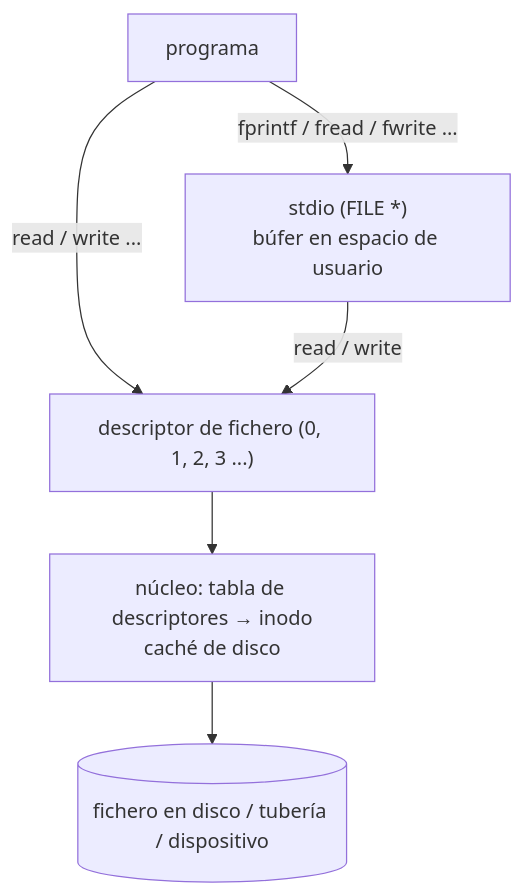
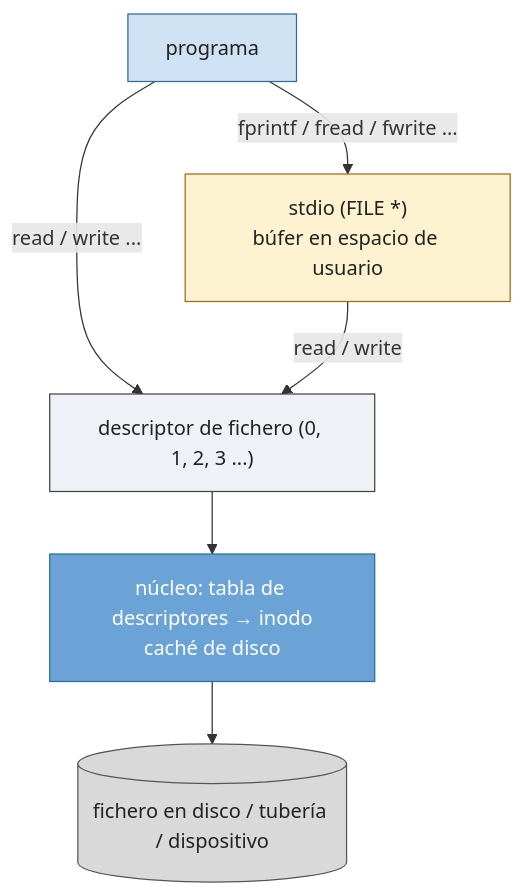
One commit to asiermarzo/ssoo changed the diagram in PRACTICA/01-entrada-salida-y-ficheros/README.md. Above: the diagram before and after it, drawn with Mermaid. The commit also changed 25 other files, not shown here.

Commit message:
refinado de diagramas mermaid y svg

````diff
--- a/PRACTICA/01-entrada-salida-y-ficheros/README.md
+++ b/PRACTICA/01-entrada-salida-y-ficheros/README.md
@@ -12,8 +12,20 @@
 ```mermaid
 flowchart TD
     APP["programa"] -->|"fprintf / fread / fwrite ..."| STDIO["stdio (FILE *)<br/>búfer en espacio de usuario"]
     APP -->|"read / write ..."| FD
     STDIO -->|"read / write"| FD["descriptor de fichero (0, 1, 2, 3 ...)"]
     FD --> K["núcleo: tabla de descriptores → inodo<br/>caché de disco"]
     K --> DISK[("fichero en disco / tubería / dispositivo")]
+
+    classDef proceso fill:#cfe2f3,stroke:#2b6f99,color:#222;
+    classDef userspace fill:#fdf3d0,stroke:#a06a1a,color:#222;
+    classDef descriptor fill:#eef2f7,stroke:#444,color:#222;
+    classDef nucleo fill:#6ba3d6,stroke:#2b6f99,color:#ffffff;
+    classDef almacen fill:#d9d9d9,stroke:#555,color:#222;
+
+    class APP proceso;
+    class STDIO userspace;
+    class FD descriptor;
+    class K nucleo;
+    class DISK almacen;
 ```
````
